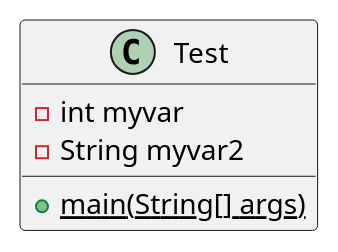
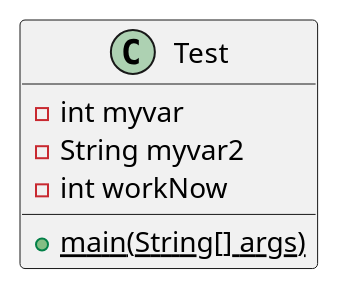
Before and after one commit to andrewdimmer/csi-3370-software-project-config-test: the diagram in docs/uml/test.puml, drawn with PlantUML.

```diff
--- a/docs/uml/test.puml
+++ b/docs/uml/test.puml
@@ -1,9 +1,10 @@
 @startuml test
 
 class Test {
     - int myvar
     - String myvar2
+    - int workNow
     {static} + main(String[] args)
 }
 
 @enduml
```
